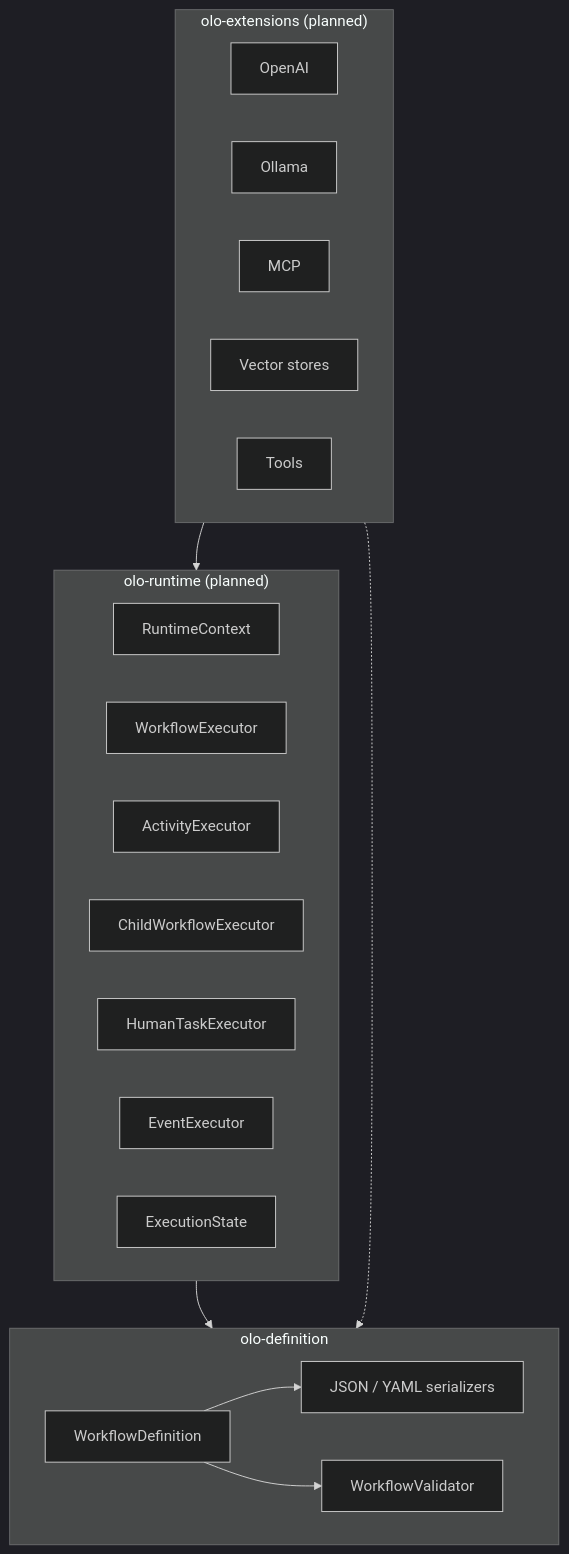
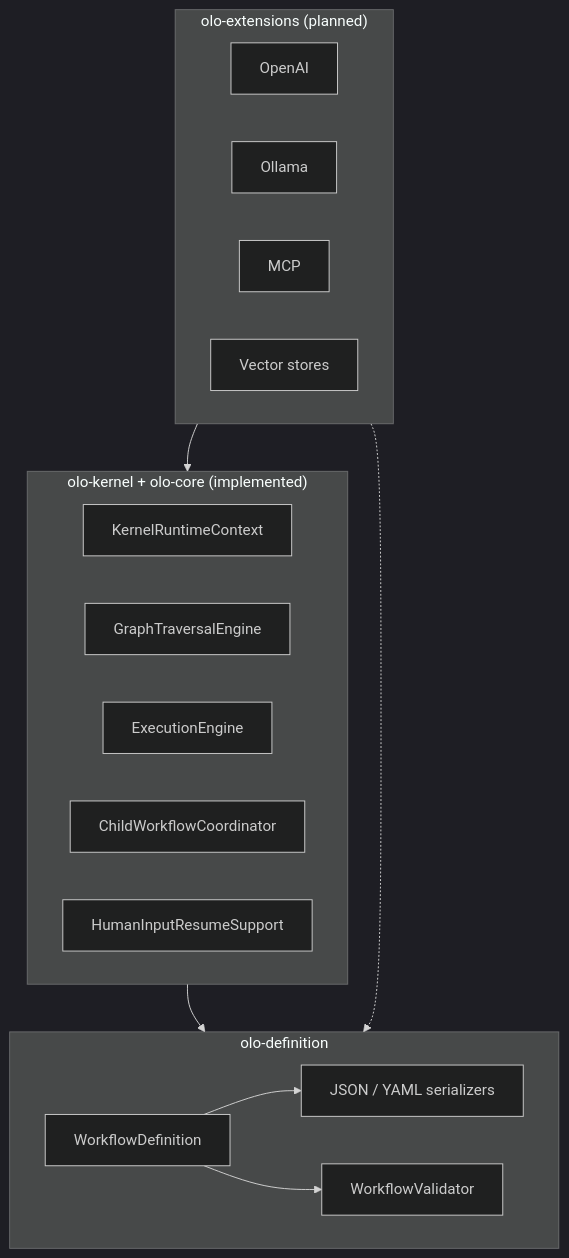
The first of 2 diagrams in olo-definition/doc/ARCHITECTURE.md (olo-labs/olo-mono), drawn with Mermaid (dark theme) before and after one commit. The commit also changed other lines of this file and 74 other files, not shown here.

````diff
--- a/olo-definition/doc/ARCHITECTURE.md
+++ b/olo-definition/doc/ARCHITECTURE.md
@@ -37,32 +46,29 @@
 ```mermaid
 flowchart TB
     subgraph definition ["olo-definition"]
         WD[WorkflowDefinition]
         SER[JSON / YAML serializers]
         VAL[WorkflowValidator]
     end
 
-    subgraph runtime ["olo-runtime (planned)"]
-        CTX[RuntimeContext]
-        EX[WorkflowExecutor]
-        AE[ActivityExecutor]
-        CW[ChildWorkflowExecutor]
-        HT[HumanTaskExecutor]
-        EV[EventExecutor]
-        ST[ExecutionState]
+    subgraph runtime ["olo-kernel + olo-core (implemented)"]
+        CTX[KernelRuntimeContext]
+        TRAV[GraphTraversalEngine]
+        EX[ExecutionEngine]
+        CW[ChildWorkflowCoordinator]
+        HT[HumanInputResumeSupport]
     end
 
     subgraph extensions ["olo-extensions (planned)"]
         OAI[OpenAI]
         OLL[Ollama]
         MCP[MCP]
         VS[Vector stores]
-        TOOL[Tools]
     end
 
     WD --> SER
     WD --> VAL
     runtime --> definition
     extensions --> runtime
     extensions -.-> definition
 ```
````
